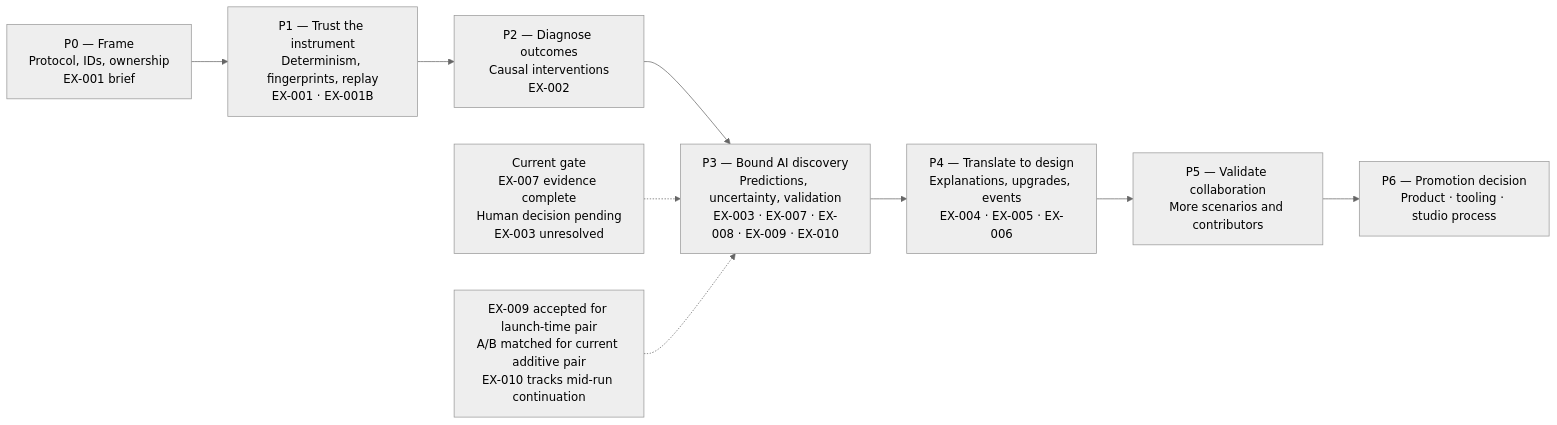
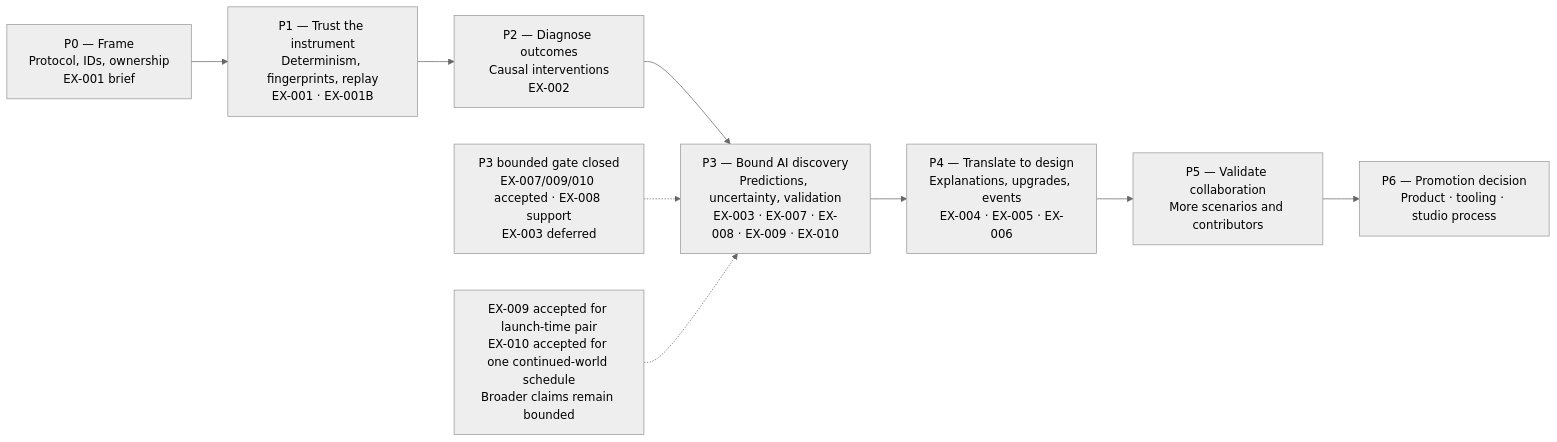
Before and after one commit to Saltylanguage/GameDev: the first of 4 diagrams in LearningIndieDev/docs/Architecture Maps/PREDICTIVE_AI_RESEARCH_ARCHITECTURE_AND_FLOWS.md, drawn with Mermaid (neutral theme). The commit also changed other lines of this file and 156 other files, not shown here.

````diff
--- a/LearningIndieDev/docs/Architecture Maps/PREDICTIVE_AI_RESEARCH_ARCHITECTURE_AND_FLOWS.md
+++ b/LearningIndieDev/docs/Architecture Maps/PREDICTIVE_AI_RESEARCH_ARCHITECTURE_AND_FLOWS.md
@@ -21,18 +22,18 @@
 ```mermaid
 flowchart LR
     P0["P0 — Frame<br/>Protocol, IDs, ownership<br/>EX-001 brief"]
     P1["P1 — Trust the instrument<br/>Determinism, fingerprints, replay<br/>EX-001 · EX-001B"]
     P2["P2 — Diagnose outcomes<br/>Causal interventions<br/>EX-002"]
     P3["P3 — Bound AI discovery<br/>Predictions, uncertainty, validation<br/>EX-003 · EX-007 · EX-008 · EX-009 · EX-010"]
     P4["P4 — Translate to design<br/>Explanations, upgrades, events<br/>EX-004 · EX-005 · EX-006"]
     P5["P5 — Validate collaboration<br/>More scenarios and contributors"]
     P6["P6 — Promotion decision<br/>Product · tooling · studio process"]
 
     P0 --> P1 --> P2 --> P3 --> P4 --> P5 --> P6
 
-    NOW["Current gate<br/>EX-007 evidence complete<br/>Human decision pending<br/>EX-003 unresolved"]
-    ORDER["EX-009 accepted for launch-time pair<br/>A/B matched for current additive pair<br/>EX-010 tracks mid-run continuation"]
+    NOW["P3 bounded gate closed<br/>EX-007/009/010 accepted · EX-008 support<br/>EX-003 deferred"]
+    ORDER["EX-009 accepted for launch-time pair<br/>EX-010 accepted for one continued-world schedule<br/>Broader claims remain bounded"]
 
     NOW -.-> P3
     ORDER -.-> P3
 ```
````
